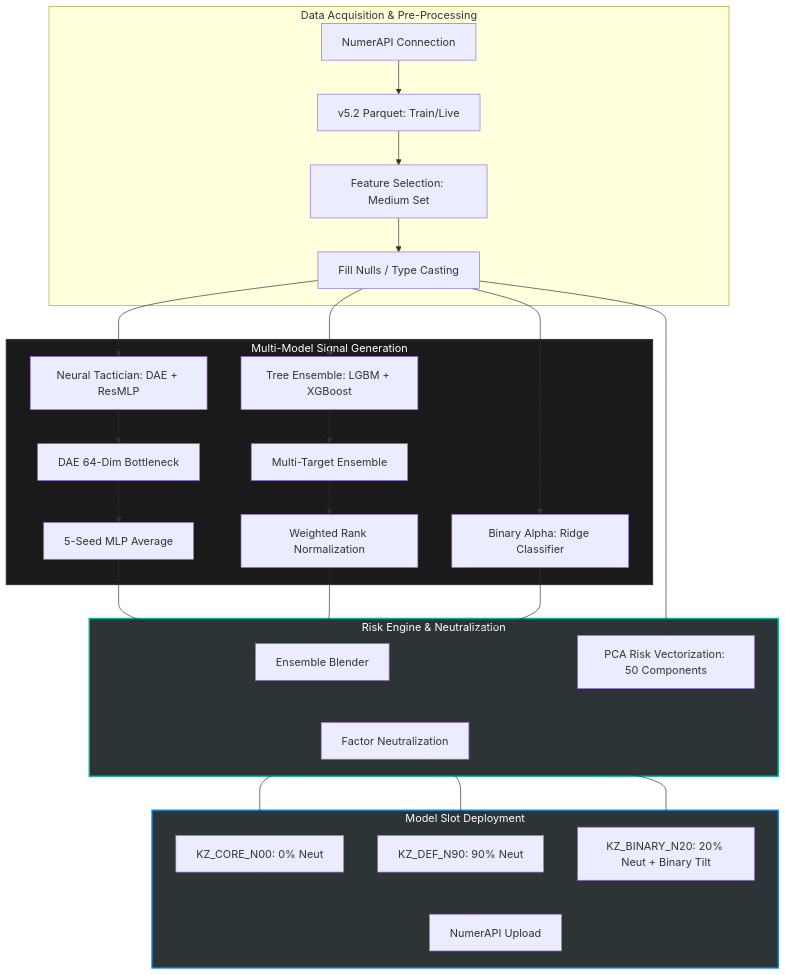
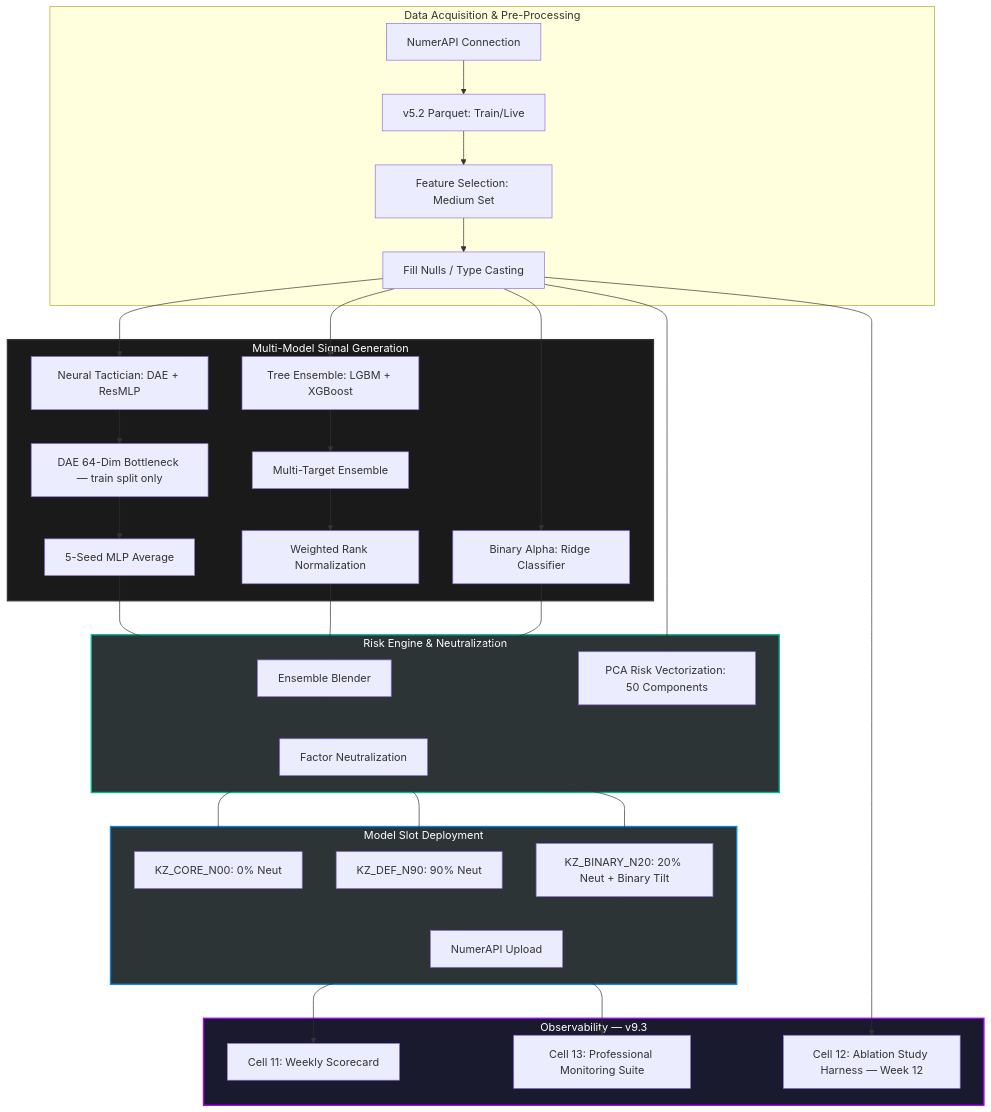
Before and after one commit to brianpenrod/market-neutral-strategy: the diagram in README.md, drawn with Mermaid. The commit also changed other lines of this file, not shown here.

````diff
--- a/README.md
+++ b/README.md
@@ -18,49 +18,57 @@
 ```mermaid
 graph TD
     %% Data Acquisition Layer
     subgraph Data_Sync [Data Acquisition & Pre-Processing]
         A1[NumerAPI Connection] --> A2[v5.2 Parquet: Train/Live]
         A2 --> A3[Feature Selection: Medium Set]
         A3 --> A4[Fill Nulls / Type Casting]
     end
 
     %% Model Component Layer
     subgraph Signal_Generation [Multi-Model Signal Generation]
         A4 --> B1[Neural Tactician: DAE + ResMLP]
         A4 --> B2[Tree Ensemble: LGBM + XGBoost]
         A4 --> B3[Binary Alpha: Ridge Classifier]
 
-        B1 --> B1a[DAE 64-Dim Bottleneck]
+        B1 --> B1a[DAE 64-Dim Bottleneck — train split only]
         B1a --> B1b[5-Seed MLP Average]
 
         B2 --> B2a[Multi-Target Ensemble]
         B2a --> B2b[Weighted Rank Normalization]
     end
 
     %% Aggregation & Risk Layer
     subgraph Tactical_Control [Risk Engine & Neutralization]
         B1b --> C1[Ensemble Blender]
         B2b --> C1
         B3 --> C1
 
         A4 --> C2[PCA Risk Vectorization: 50 Components]
         C1 --> C3[Factor Neutralization]
         C2 --> C3
     end
 
     %% Submission Layer
     subgraph Deployment [Model Slot Deployment]
         C3 --> D1[KZ_CORE_N00: 0% Neut]
         C3 --> D2[KZ_DEF_N90: 90% Neut]
         C3 --> D3[KZ_BINARY_N20: 20% Neut + Binary Tilt]
 
         D1 --> E1[NumerAPI Upload]
         D2 --> E1
         D3 --> E1
     end
 
+    %% Observability Layer
+    subgraph Observability [Observability — v9.3]
+        E1 --> F1[Cell 11: Weekly Scorecard]
+        E1 --> F2[Cell 13: Professional Monitoring Suite]
+        A4 --> F3[Cell 12: Ablation Study Harness — Week 12]
+    end
+
     %% Styling
     style Signal_Generation fill:#1a1a1a,stroke:#333,stroke-width:2px,color:#fff
     style Tactical_Control fill:#2d3436,stroke:#00b894,stroke-width:2px,color:#fff
     style Deployment fill:#2d3436,stroke:#0984e3,stroke-width:2px,color:#fff
+    style Observability fill:#1a1a2e,stroke:#aa00ff,stroke-width:2px,color:#fff
 ```
````
